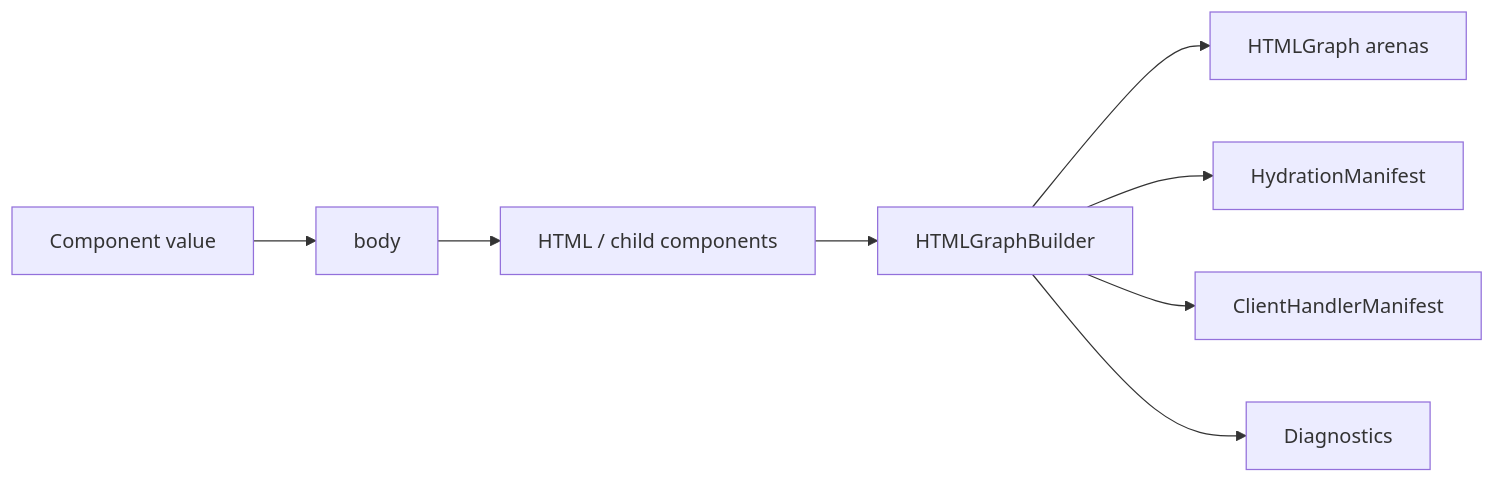
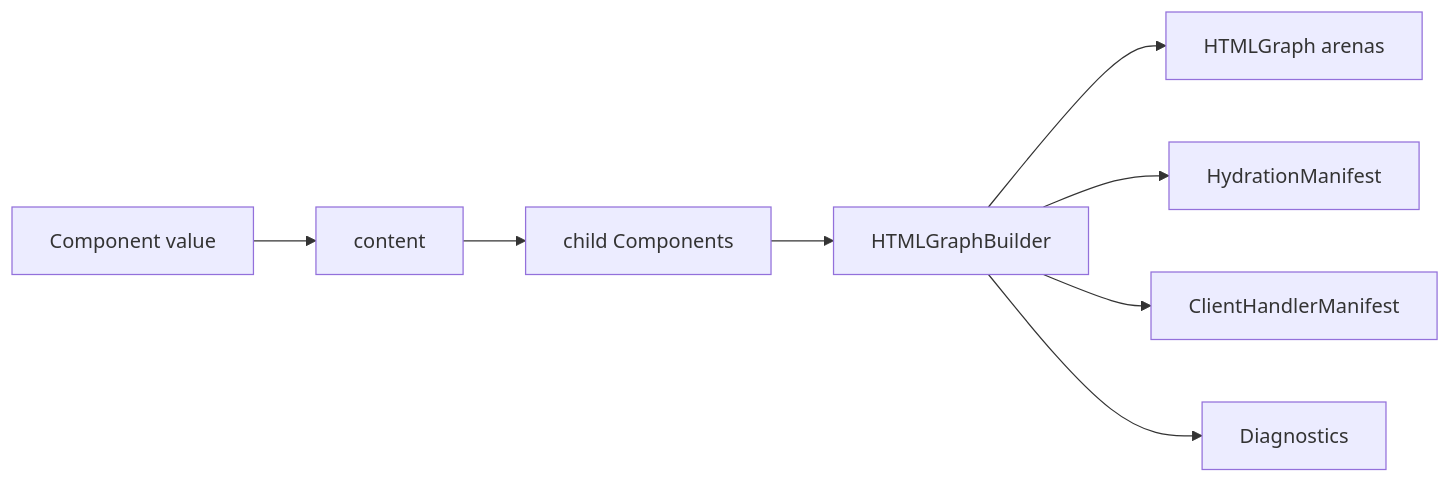
One commit to 1amageek/swift-web changed the second of 5 diagrams in docs/SwiftWebUICoreDesign.md. Above: the diagram before and after it, drawn with Mermaid. The commit also changed other lines of this file and 253 other files, not shown here.

````diff
--- a/docs/SwiftWebUICoreDesign.md
+++ b/docs/SwiftWebUICoreDesign.md
@@ -32,10 +32,10 @@
 ```mermaid
 flowchart LR
-    A["Component value"] --> B["body"]
-    B --> C["HTML / child components"]
+    A["Component value"] --> B["content"]
+    B --> C["child Components"]
     C --> D["HTMLGraphBuilder"]
     D --> E["HTMLGraph arenas"]
     D --> F["HydrationManifest"]
     D --> G["ClientHandlerManifest"]
     D --> H["Diagnostics"]
 ```
````
